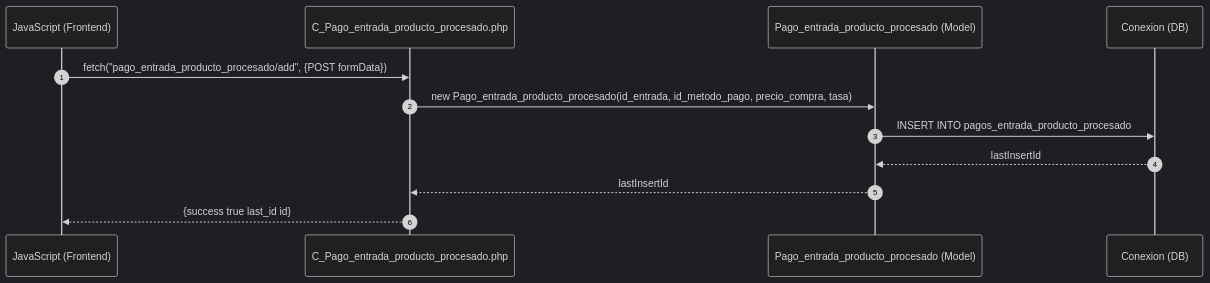
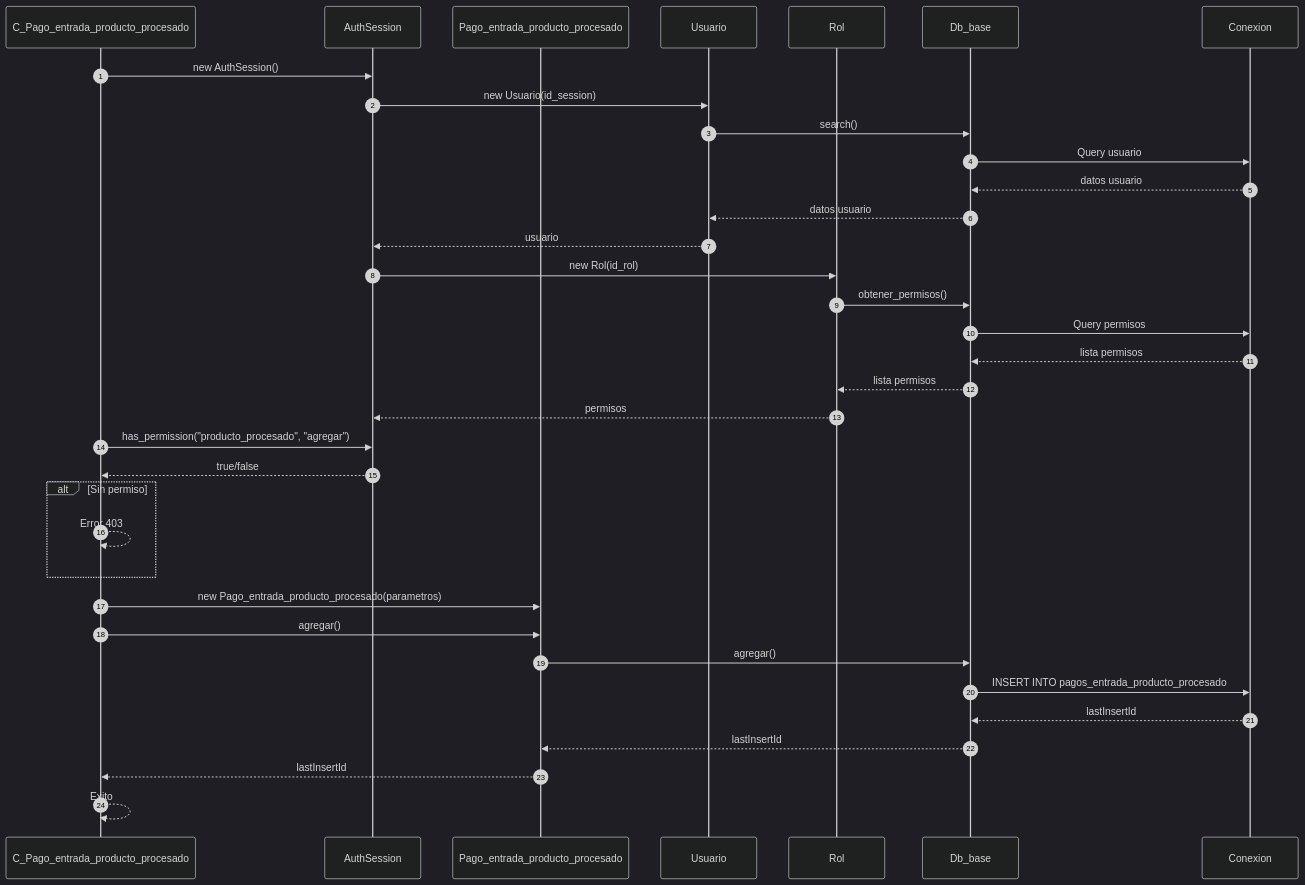
The fourth of 4 diagrams in docs/secuencia/productos/producto_procesado.md (Tecrato/BurgerHouse), drawn with Mermaid (dark theme) before and after one commit. The commit also changed other lines of this file and 13 other files, not shown here.

First line of the commit message:
diagramas actualizaos

````diff
--- a/docs/secuencia/productos/producto_procesado.md
+++ b/docs/secuencia/productos/producto_procesado.md
@@ -129,18 +142,43 @@
 ```mermaid
 sequenceDiagram
     autonumber
-    participant JS as JavaScript (Frontend)
-    participant C_Pago_PP as C_Pago_entrada_producto_procesado.php
-    participant Pago_PP as Pago_entrada_producto_procesado (Model)
-    participant DB as Conexion (DB)
+    participant C_Pago_PP as C_Pago_entrada_producto_procesado
+    participant AuthSession as AuthSession
+    participant Pago_PP as Pago_entrada_producto_procesado
+    participant Usuario as Usuario
+    participant Rol as Rol
+    participant Db_base as Db_base
+    participant Conexion as Conexion
     
-    JS->>C_Pago_PP: fetch("pago_entrada_producto_procesado/add", {POST formData})
+    C_Pago_PP->>AuthSession: new AuthSession()
+    AuthSession->>Usuario: new Usuario(id_session)
+    Usuario->>Db_base: search()
+    Db_base->>Conexion: Query usuario
+    Conexion-->>Db_base: datos usuario
+    Db_base-->>Usuario: datos usuario
+    Usuario-->>AuthSession: usuario
     
-    C_Pago_PP->>Pago_PP: new Pago_entrada_producto_procesado(id_entrada, id_metodo_pago, precio_compra, tasa)
+    AuthSession->>Rol: new Rol(id_rol)
+    Rol->>Db_base: obtener_permisos()
+    Db_base->>Conexion: Query permisos
+    Conexion-->>Db_base: lista permisos
+    Db_base-->>Rol: lista permisos
+    Rol-->>AuthSession: permisos
     
-    Pago_PP->>DB: INSERT INTO pagos_entrada_producto_procesado
-    DB-->>Pago_PP: lastInsertId
+    C_Pago_PP->>AuthSession: has_permission("producto_procesado", "agregar")
+    AuthSession-->>C_Pago_PP: true/false
+    
+    alt Sin permiso
+        C_Pago_PP-->>C_Pago_PP: Error 403
+    end
+    
+    C_Pago_PP->>Pago_PP: new Pago_entrada_producto_procesado(parametros)
+    C_Pago_PP->>Pago_PP: agregar()
+    Pago_PP->>Db_base: agregar()
+    Db_base->>Conexion: INSERT INTO pagos_entrada_producto_procesado
+    Conexion-->>Db_base: lastInsertId
+    Db_base-->>Pago_PP: lastInsertId
     Pago_PP-->>C_Pago_PP: lastInsertId
     
-    C_Pago_PP-->>JS: {success true last_id id}
+    C_Pago_PP-->>C_Pago_PP: Exito
 ```
````
